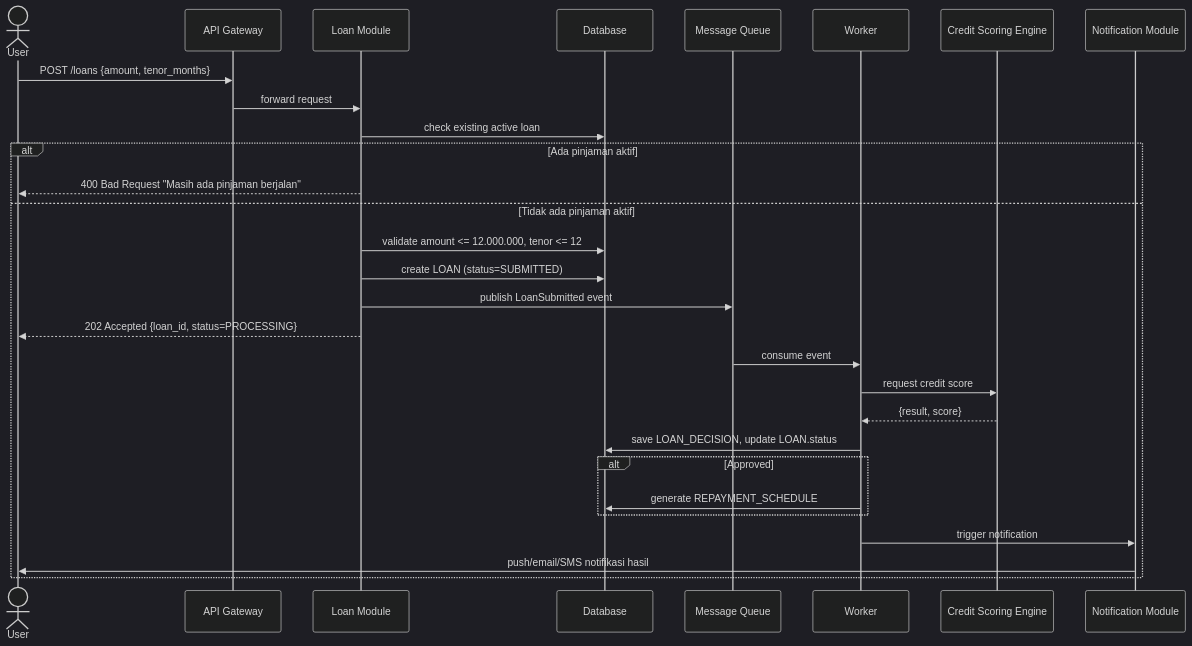
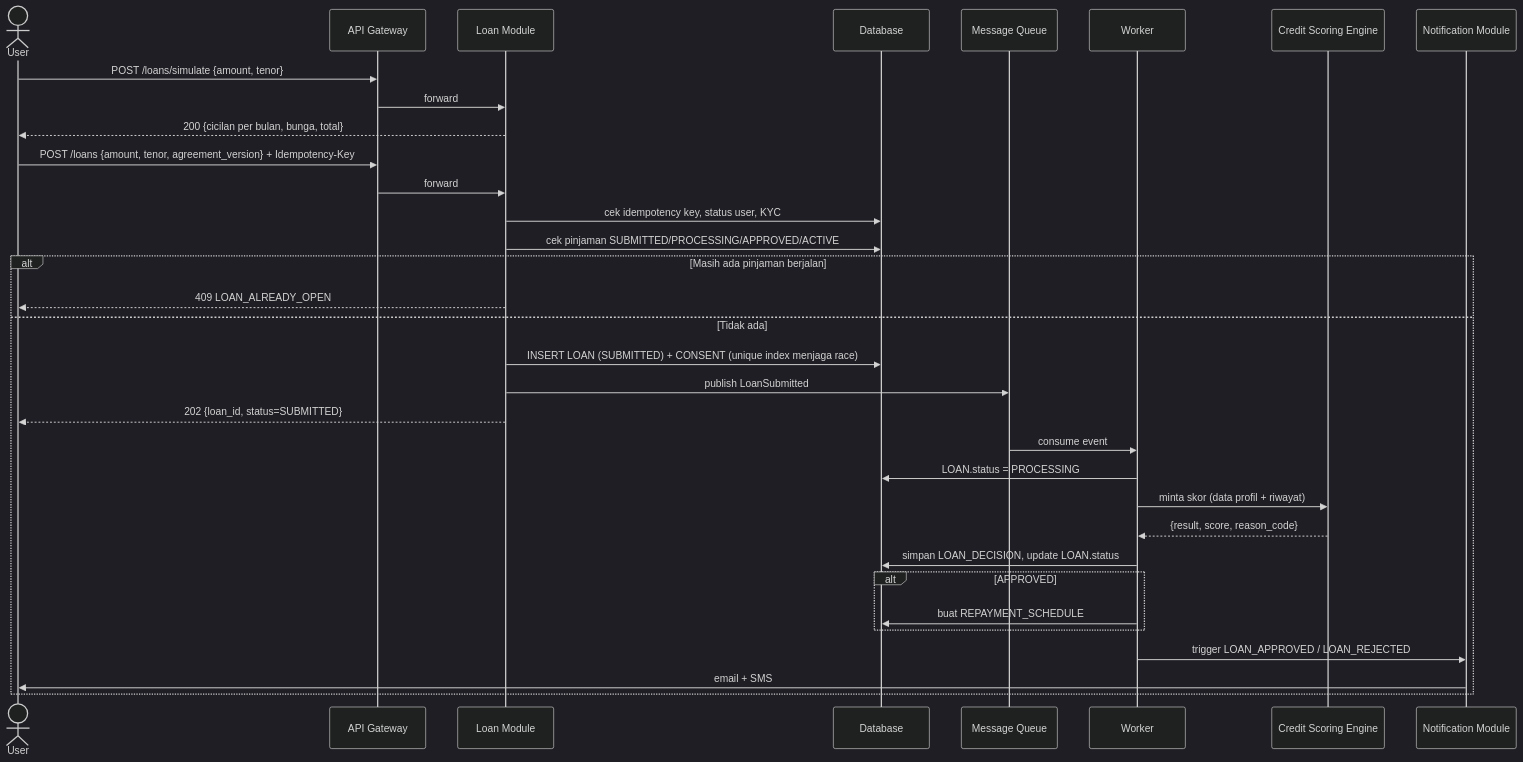
Before and after one commit to sendygit/assesment-solution-analyst: the fourth of 6 diagrams in docs/04-api-design/api-sequence-diagrams.md, drawn with Mermaid (dark theme). The commit also changed other lines of this file and 2 other files, not shown here.

Commit message:
Rework API design: fix OpenAPI spec, secure onboarding, add loan state diagram

````diff
--- a/docs/04-api-design/api-sequence-diagrams.md
+++ b/docs/04-api-design/api-sequence-diagrams.md
@@ -55,33 +126,38 @@
 ```mermaid
 sequenceDiagram
     actor U as User
     participant GW as API Gateway
     participant Loan as Loan Module
     participant DB as Database
     participant Q as Message Queue
     participant W as Worker
     participant Score as Credit Scoring Engine
     participant Notif as Notification Module
 
-    U->>GW: POST /loans {amount, tenor_months}
-    GW->>Loan: forward request
-    Loan->>DB: check existing active loan
-    alt Ada pinjaman aktif
-        Loan-->>U: 400 Bad Request "Masih ada pinjaman berjalan"
-    else Tidak ada pinjaman aktif
-        Loan->>DB: validate amount <= 12.000.000, tenor <= 12
-        Loan->>DB: create LOAN (status=SUBMITTED)
-        Loan->>Q: publish LoanSubmitted event
-        Loan-->>U: 202 Accepted {loan_id, status=PROCESSING}
+    U->>GW: POST /loans/simulate {amount, tenor}
+    GW->>Loan: forward
+    Loan-->>U: 200 {cicilan per bulan, bunga, total}
+
+    U->>GW: POST /loans {amount, tenor, agreement_version} + Idempotency-Key
+    GW->>Loan: forward
+    Loan->>DB: cek idempotency key, status user, KYC
+    Loan->>DB: cek pinjaman SUBMITTED/PROCESSING/APPROVED/ACTIVE
+    alt Masih ada pinjaman berjalan
+        Loan-->>U: 409 LOAN_ALREADY_OPEN
+    else Tidak ada
+        Loan->>DB: INSERT LOAN (SUBMITTED) + CONSENT (unique index menjaga race)
+        Loan->>Q: publish LoanSubmitted
+        Loan-->>U: 202 {loan_id, status=SUBMITTED}
 
         Q->>W: consume event
-        W->>Score: request credit score
-        Score-->>W: {result, score}
-        W->>DB: save LOAN_DECISION, update LOAN.status
-        alt Approved
-            W->>DB: generate REPAYMENT_SCHEDULE
+        W->>DB: LOAN.status = PROCESSING
+        W->>Score: minta skor (data profil + riwayat)
+        Score-->>W: {result, score, reason_code}
+        W->>DB: simpan LOAN_DECISION, update LOAN.status
+        alt APPROVED
+            W->>DB: buat REPAYMENT_SCHEDULE
         end
-        W->>Notif: trigger notification
-        Notif->>U: push/email/SMS notifikasi hasil
+        W->>Notif: trigger LOAN_APPROVED / LOAN_REJECTED
+        Notif->>U: email + SMS
     end
 ```
````
